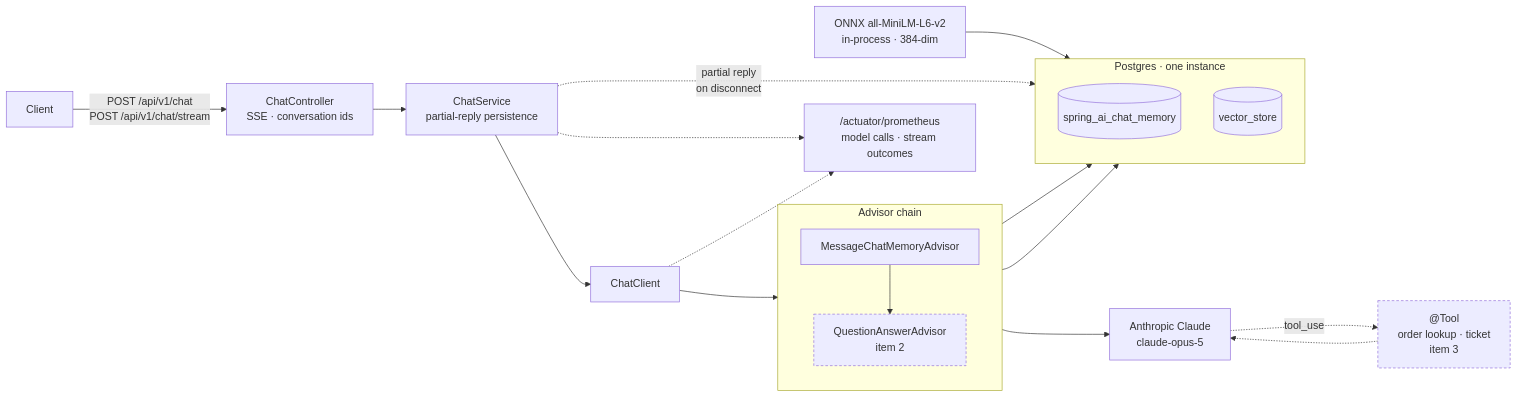
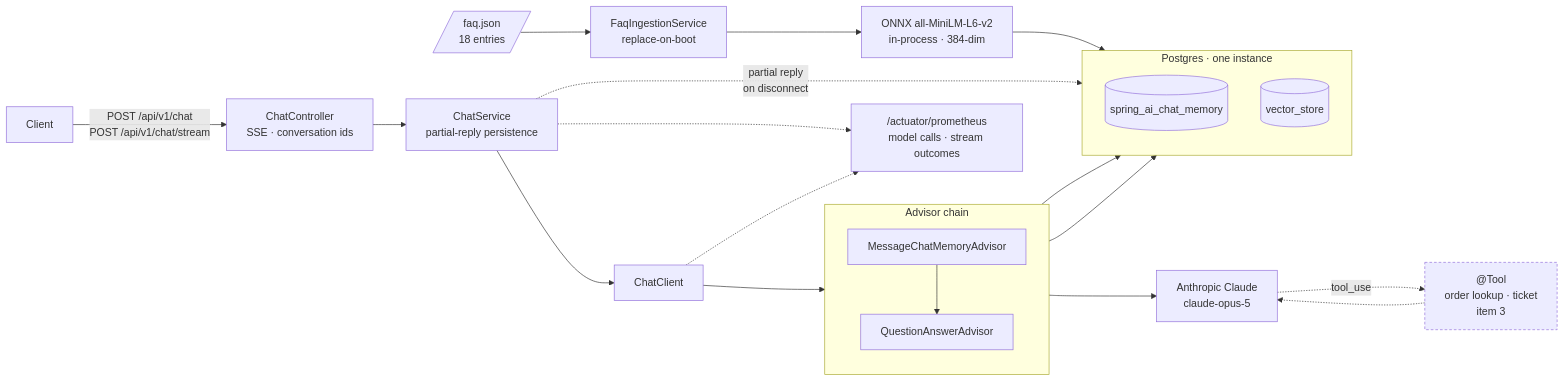
Before and after one commit to lai3d/ai-customer-service-java: the first of 2 diagrams in README.md, drawn with Mermaid. The commit also changed other lines of this file and 13 other files, not shown here.

First line of the commit message:
Ground answers in an FAQ corpus with pgvector retrieval

````diff
--- a/README.md
+++ b/README.md
@@ -22,44 +22,48 @@
 ```mermaid
 flowchart LR
     Client["Client"]
     Ctl["ChatController<br/>SSE · conversation ids"]
     Svc["ChatService<br/>partial-reply persistence"]
     CC["ChatClient"]
 
     subgraph Chain["Advisor chain"]
         direction TB
         Mem["MessageChatMemoryAdvisor"]
-        QA["QuestionAnswerAdvisor<br/>item 2"]
+        QA["QuestionAnswerAdvisor"]
         Mem --> QA
     end
 
     Claude["Anthropic Claude<br/>claude-opus-5"]
     Tools["@Tool<br/>order lookup · ticket<br/>item 3"]
 
     subgraph PG["Postgres · one instance"]
         direction TB
         CM[("spring_ai_chat_memory")]
         VS[("vector_store")]
     end
 
+    Ingest["FaqIngestionService<br/>replace-on-boot"]
+    Corpus[/"faq.json<br/>18 entries"/]
     Embed["ONNX all-MiniLM-L6-v2<br/>in-process · 384-dim"]
     Prom["/actuator/prometheus<br/>model calls · stream outcomes"]
 
     Client -->|"POST /api/v1/chat<br/>POST /api/v1/chat/stream"| Ctl
     Ctl --> Svc
     Svc --> CC
     CC --> Chain
     Chain --> Claude
     Claude -.->|"tool_use"| Tools
     Tools -.-> Claude
 
     Mem --> CM
     QA --> VS
+    Corpus --> Ingest
+    Ingest --> Embed
     Embed --> VS
     Svc -.->|"partial reply<br/>on disconnect"| CM
     Svc -.-> Prom
     CC -.-> Prom
 
     classDef pending stroke-dasharray: 4 3;
-    class QA,Tools pending;
+    class Tools pending;
 ```
````
